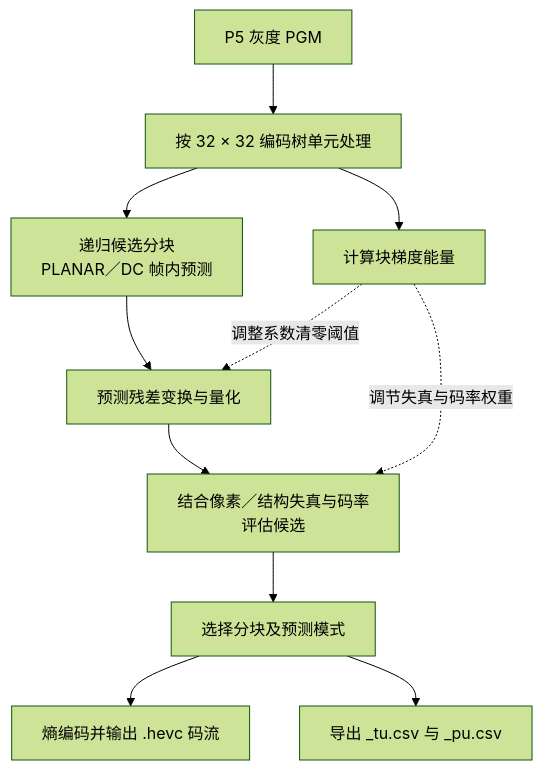
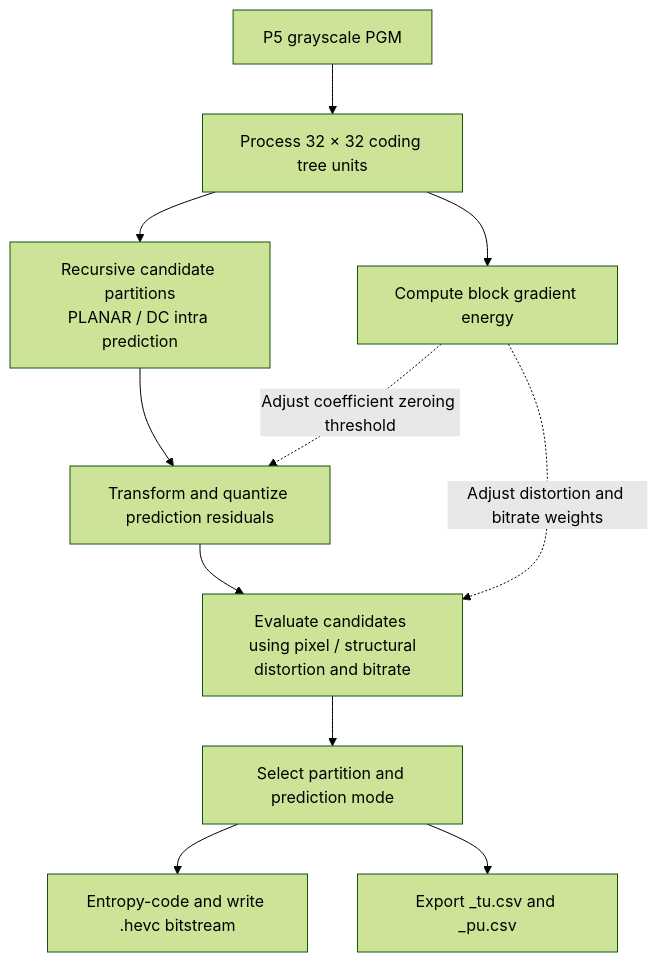
Before and after one commit to LumaVistaLab/hevc-ksvd-mamba-for-ultrasound: the third of 7 diagrams in README.md, drawn with Mermaid (forest theme). The commit also changed other lines of this file and 3 other files, not shown here.

````diff
--- a/README.md
+++ b/README.md
@@ -122,13 +159,13 @@
 ```mermaid
 flowchart TD
-    PGM["P5 灰度 PGM"] --> CTU["按 32 × 32 编码树单元处理"]
-    CTU --> Candidates["递归候选分块<br/>PLANAR／DC 帧内预测"]
-    Candidates --> Transform["预测残差变换与量化"]
-    CTU --> Gradient["计算块梯度能量"]
-    Gradient -.->|调整系数清零阈值| Transform
-    Transform --> Cost["结合像素／结构失真与码率<br/>评估候选"]
-    Gradient -.->|调节失真与码率权重| Cost
-    Cost --> Select["选择分块及预测模式"]
-    Select --> Bitstream["熵编码并输出 .hevc 码流"]
-    Select --> Arrays["导出 _tu.csv 与 _pu.csv"]
+    PGM["P5 grayscale PGM"] --> CTU["Process 32 × 32 coding tree units"]
+    CTU --> Candidates["Recursive candidate partitions<br/>PLANAR / DC intra prediction"]
+    Candidates --> Transform["Transform and quantize prediction residuals"]
+    CTU --> Gradient["Compute block gradient energy"]
+    Gradient -.->|Adjust coefficient zeroing threshold| Transform
+    Transform --> Cost["Evaluate candidates using pixel / structural<br/>distortion and bitrate"]
+    Gradient -.->|Adjust distortion and bitrate weights| Cost
+    Cost --> Select["Select partition and prediction mode"]
+    Select --> Bitstream["Entropy-code and write .hevc bitstream"]
+    Select --> Arrays["Export _tu.csv and _pu.csv"]
 ```
````
